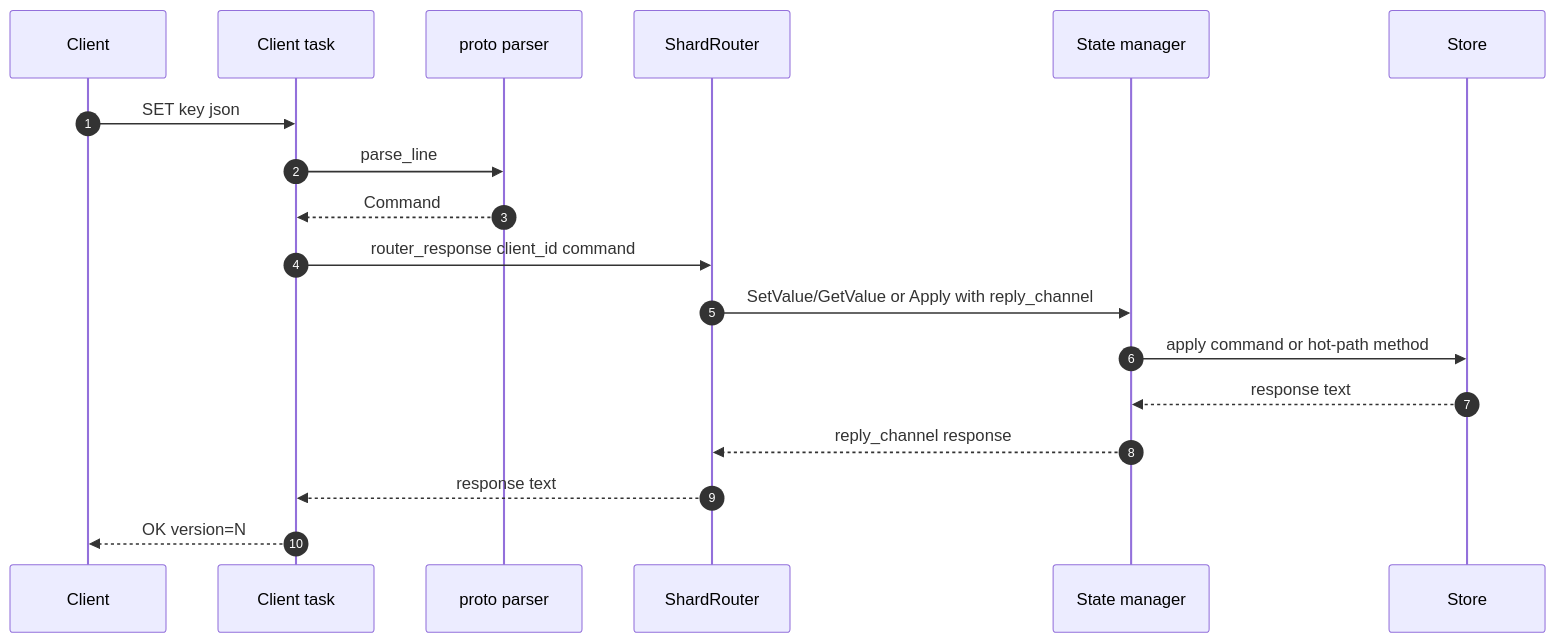
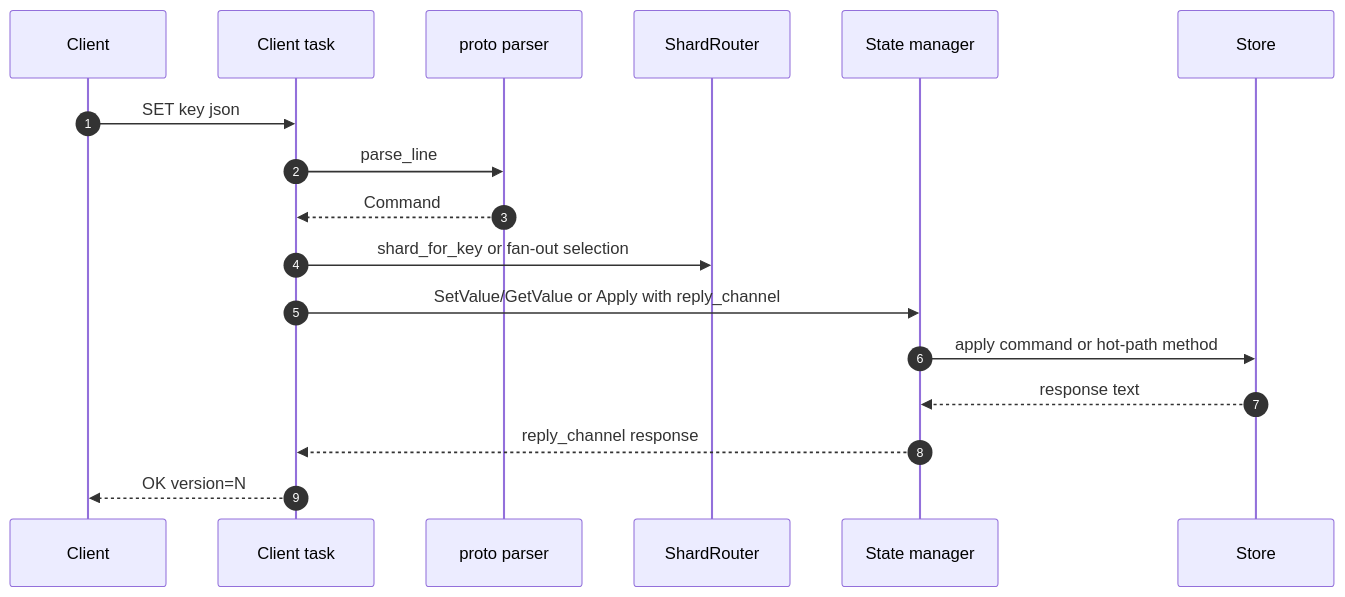
One commit to vovakirdan/surgekv changed the second of 6 diagrams in ARCHITECTURE.md. Above: the diagram before and after it, drawn with Mermaid. The commit also changed other lines of this file and 4 other files, not shown here.

````diff
--- a/ARCHITECTURE.md
+++ b/ARCHITECTURE.md
@@ -89,21 +89,20 @@
 ```mermaid
 sequenceDiagram
     autonumber
     participant Client
     participant Worker as Client task
     participant Proto as proto parser
     participant Router as ShardRouter
     participant Manager as State manager
     participant Store
 
     Client->>Worker: SET key json
     Worker->>Proto: parse_line
     Proto-->>Worker: Command
-    Worker->>Router: router_response client_id command
-    Router->>Manager: SetValue/GetValue or Apply with reply_channel
+    Worker->>Router: shard_for_key or fan-out selection
+    Worker->>Manager: SetValue/GetValue or Apply with reply_channel
     Manager->>Store: apply command or hot-path method
     Store-->>Manager: response text
-    Manager-->>Router: reply_channel response
-    Router-->>Worker: response text
+    Manager-->>Worker: reply_channel response
     Worker-->>Client: OK version=N
 ```
````
